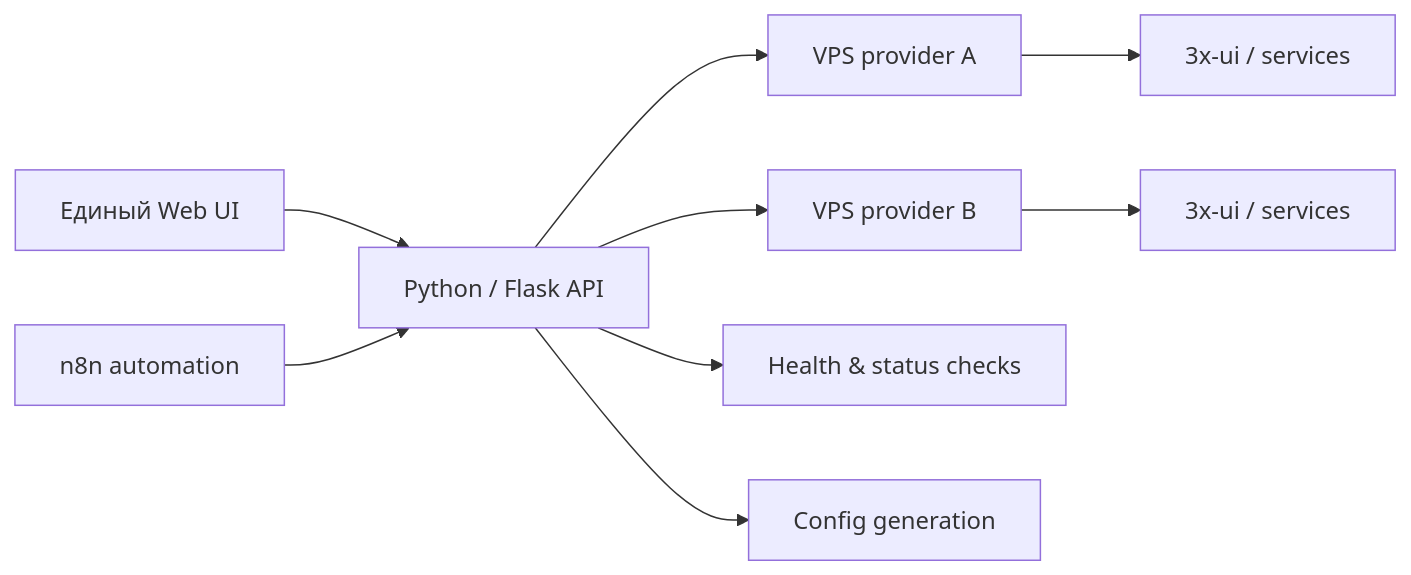
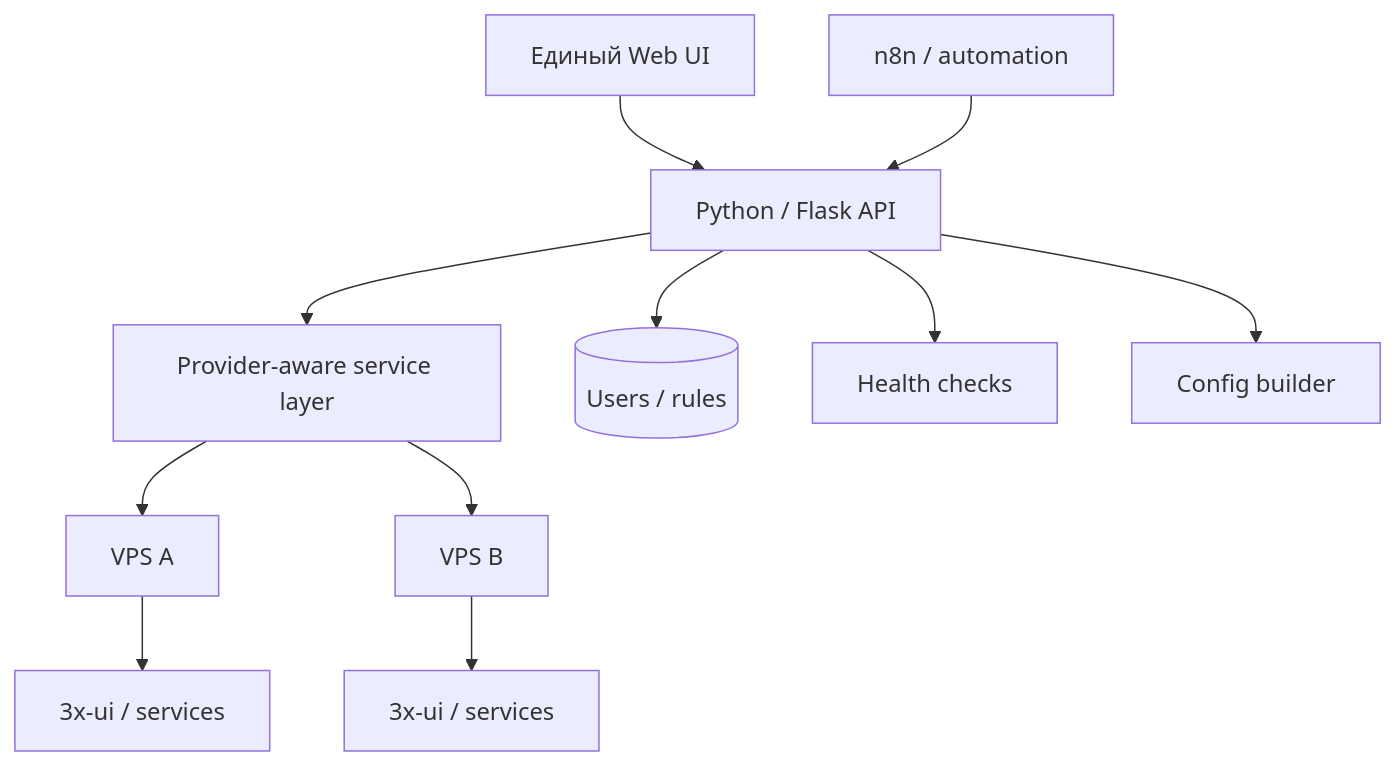
The first of 2 diagrams in docs/unified-vps-panel.md (AndrMiAl/engineering-portfolio), drawn with Mermaid before and after one commit. The commit also changed other lines of this file and 33 other files, not shown here.

Commit message:
Расширить кейсы схемами и примерами кода

````diff
--- a/docs/unified-vps-panel.md
+++ b/docs/unified-vps-panel.md
@@ -22,11 +27,13 @@
 ```mermaid
-flowchart LR
+flowchart TB
     UI[Единый Web UI] --> API[Python / Flask API]
-    N[n8n automation] --> API
-    API --> A[VPS provider A]
-    API --> B[VPS provider B]
+    API --> CORE[Provider-aware service layer]
+    CORE --> A[VPS A]
+    CORE --> B[VPS B]
     A --> XA[3x-ui / services]
     B --> XB[3x-ui / services]
-    API --> H[Health & status checks]
-    API --> C[Config generation]
+    API --> DB[(Users / rules)]
+    AUTO[n8n / automation] --> API
+    API --> HEALTH[Health checks]
+    API --> CFG[Config builder]
 ```
````
